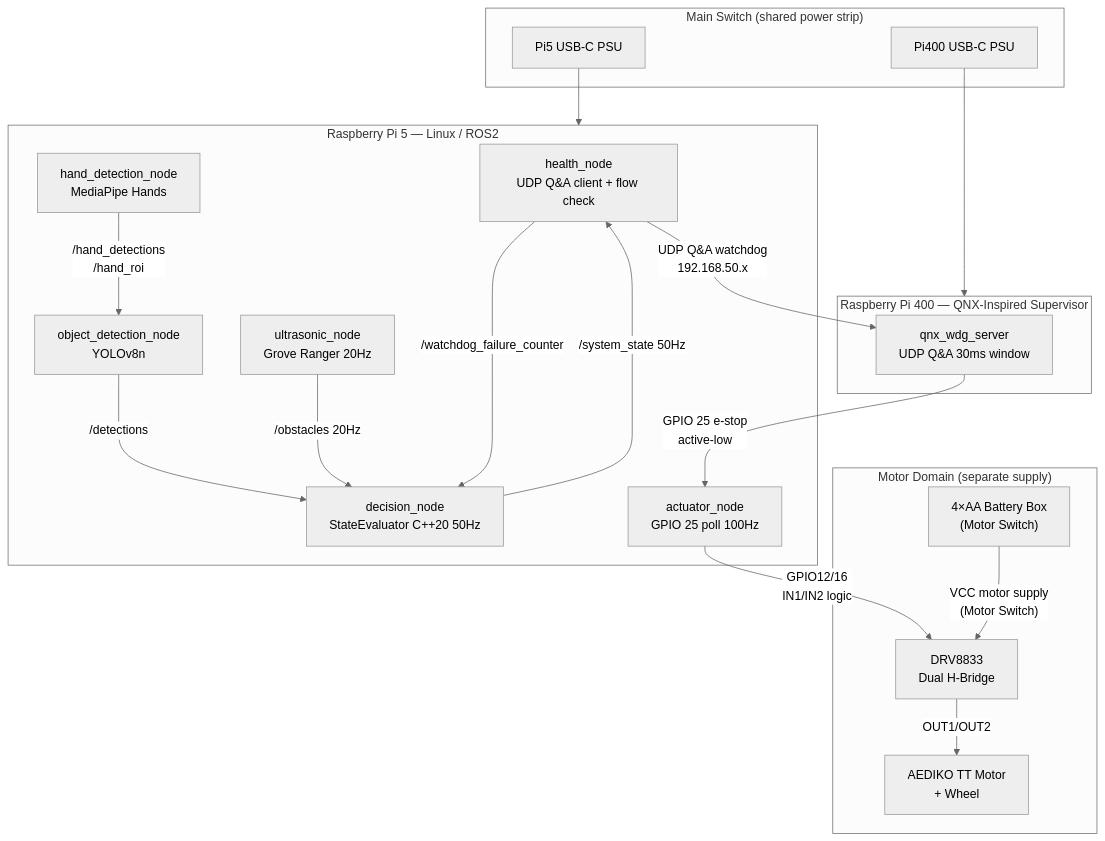
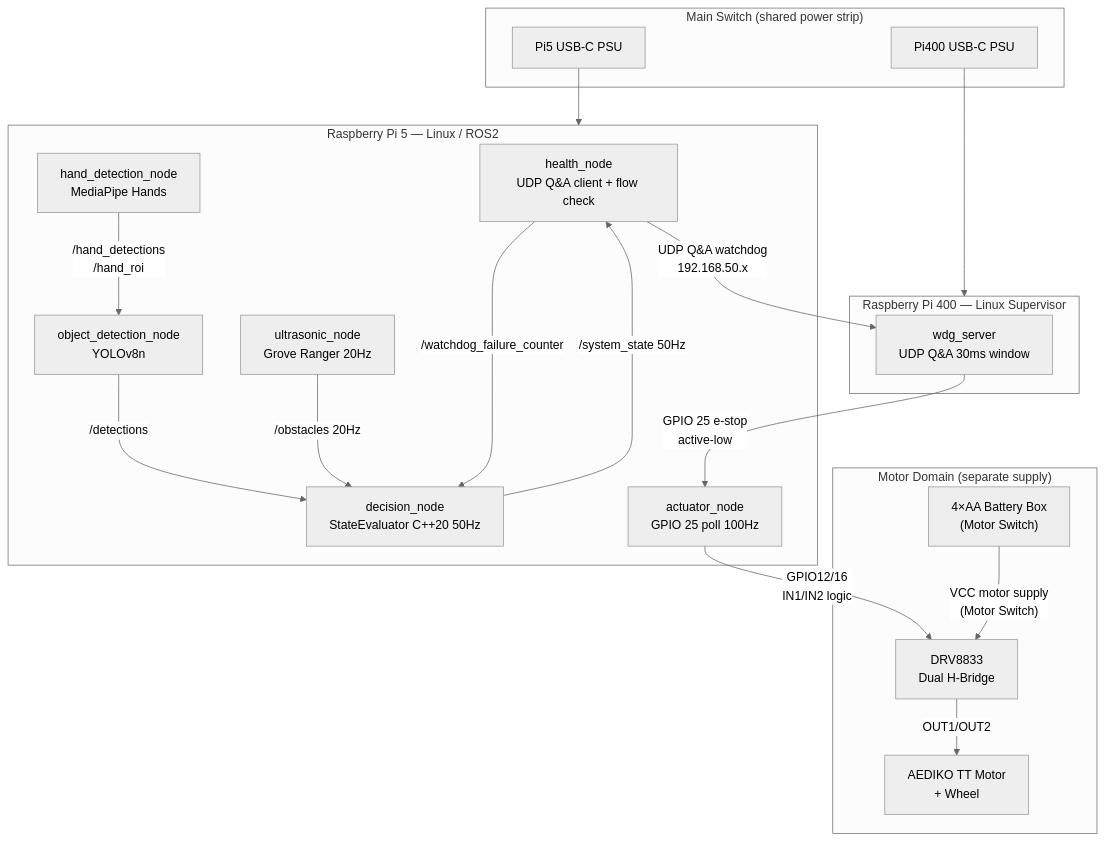
Before and after one commit to tipou82/safety-supervised-edge-ai-demo: the diagram in README.md, drawn with Mermaid (neutral theme). The commit also changed other lines of this file and 19 other files, not shown here.

````diff
--- a/README.md
+++ b/README.md
@@ -151,39 +151,39 @@
 ```mermaid
 graph TB
     subgraph MainSwitch["Main Switch (shared power strip)"]
         PS5["Pi5 USB-C PSU"]
         PS400["Pi400 USB-C PSU"]
     end
 
     subgraph Pi5["Raspberry Pi 5 — Linux / ROS2"]
         HN["health_node\nUDP Q&A client + flow check"]
         HDN["hand_detection_node\nMediaPipe Hands"]
         ODN["object_detection_node\nYOLOv8n"]
         UN["ultrasonic_node\nGrove Ranger 20Hz"]
         DN["decision_node\nStateEvaluator C++20 50Hz"]
         AN["actuator_node\nGPIO 25 poll 100Hz"]
     end
 
-    subgraph Pi400["Raspberry Pi 400 — QNX-Inspired Supervisor"]
-        WDG["qnx_wdg_server\nUDP Q&A 30ms window"]
+    subgraph Pi400["Raspberry Pi 400 — Linux Supervisor"]
+        WDG["wdg_server\nUDP Q&A 30ms window"]
     end
 
     subgraph MotorDomain["Motor Domain (separate supply)"]
         BAT["4×AA Battery Box\n(Motor Switch)"]
         DRV["DRV8833\nDual H-Bridge"]
         MTR["AEDIKO TT Motor\n+ Wheel"]
     end
 
     PS5  --> Pi5
     PS400 --> Pi400
     HN  -->|"UDP Q&A watchdog\n192.168.50.x"| WDG
     WDG -->|"GPIO 25 e-stop\nactive-low"| AN
     HDN -->|"/hand_detections\n/hand_roi"| ODN
     ODN -->|"/detections"| DN
     UN  -->|"/obstacles 20Hz"| DN
     DN  -->|"/system_state 50Hz"| HN
     HN  -->|"/watchdog_failure_counter"| DN
     AN  -->|"GPIO12/16\nIN1/IN2 logic"| DRV
     BAT -->|"VCC motor supply\n(Motor Switch)"| DRV
     DRV -->|"OUT1/OUT2"| MTR
 ```
````
